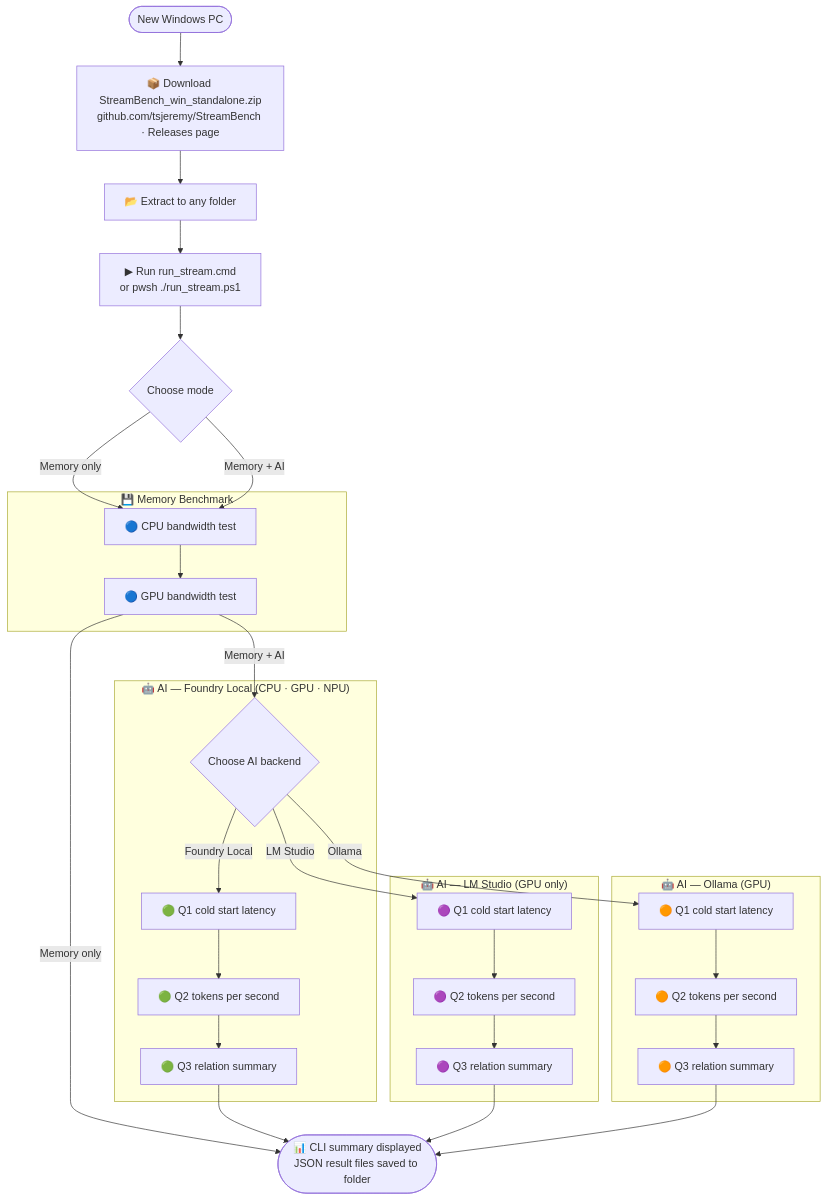
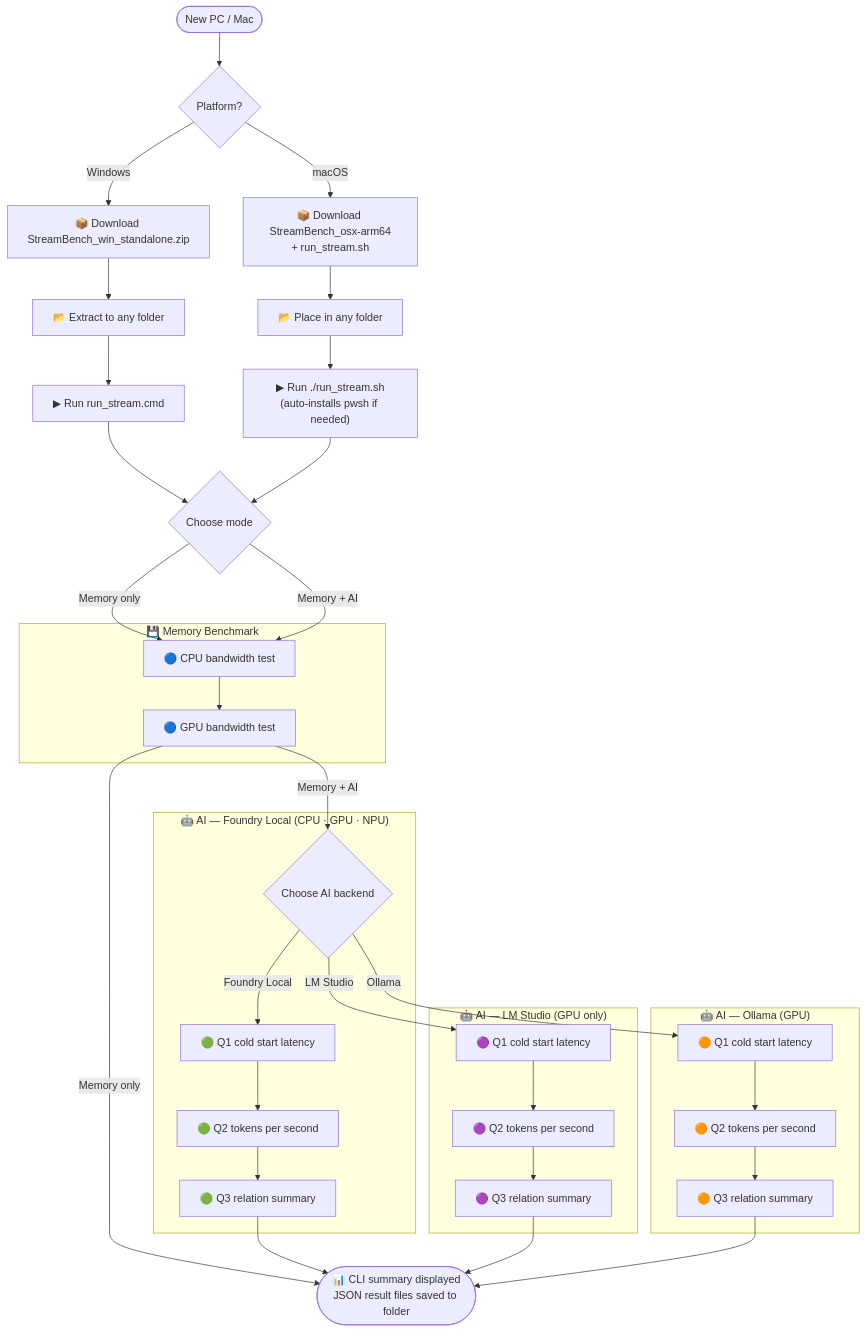
Before and after one commit to tsjeremy/StreamBench: the first of 2 diagrams in README.md, drawn with Mermaid. The commit also changed other lines of this file and 3 other files, not shown here.

First line of the commit message:
Add macOS/Linux shell launchers (run_stream.sh, run_stream_ai.sh)

````diff
--- a/README.md
+++ b/README.md
@@ -110,39 +111,48 @@
 ```mermaid
 flowchart TD
-    A([New Windows PC]) --> B
-    B["📦 Download StreamBench_win_standalone.zip<br/>github.com/tsjeremy/StreamBench · Releases page"] --> C
-    C["📂 Extract to any folder"] --> D
-    D["▶ Run run_stream.cmd<br/>or pwsh ./run_stream.ps1"] --> E{"Choose mode"}
+    A([New PC / Mac]) --> P{"Platform?"}
+
+    P -->|"Windows"| B["📦 Download StreamBench_win_standalone.zip"]
+    P -->|"macOS"| MB["📦 Download StreamBench_osx-arm64<br/>+ run_stream.sh"]
+
+    B --> C["📂 Extract to any folder"]
+    C --> D["▶ Run run_stream.cmd"]
+
+    MB --> MC["📂 Place in any folder"]
+    MC --> MD["▶ Run ./run_stream.sh<br/>(auto-installs pwsh if needed)"]
+
+    D --> E{"Choose mode"}
+    MD --> E
 
     subgraph mem ["💾 Memory Benchmark"]
         F["🔵 CPU bandwidth test"] --> G["🔵 GPU bandwidth test"]
     end
 
     E -->|"Memory only"| F
     E -->|"Memory + AI"| F
 
     G -->|"Memory only"| K
     G -->|"Memory + AI"| BE{"Choose AI backend"}
 
     subgraph ai_foundry ["🤖 AI  —  Foundry Local  (CPU · GPU · NPU)"]
         BE -->|"Foundry Local"| FH["🟢 Q1  cold start latency"]
         FH --> FI["🟢 Q2  tokens per second"]
         FI --> FJ["🟢 Q3  relation summary"]
     end
 
     subgraph ai_lms ["🤖 AI  —  LM Studio  (GPU only)"]
         BE -->|"LM Studio"| LH["🟣 Q1  cold start latency"]
         LH --> LI["🟣 Q2  tokens per second"]
         LI --> LJ["🟣 Q3  relation summary"]
     end
 
     subgraph ai_ollama ["🤖 AI  —  Ollama  (GPU)"]
         BE -->|"Ollama"| OH["🟠 Q1  cold start latency"]
         OH --> OI["🟠 Q2  tokens per second"]
         OI --> OJ["🟠 Q3  relation summary"]
     end
 
     FJ --> K(["📊 CLI summary displayed<br/>JSON result files saved to folder"])
     LJ --> K
     OJ --> K
 ```
````
